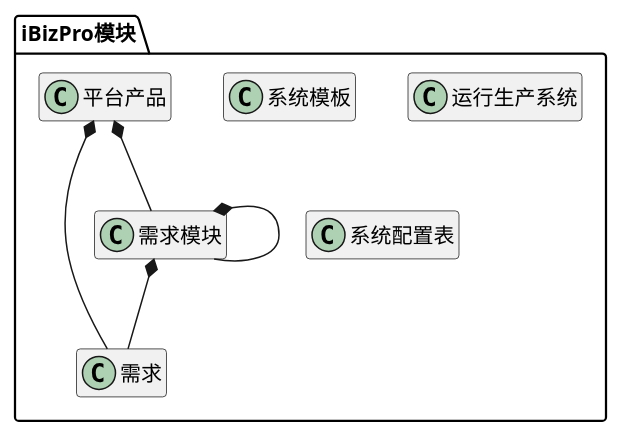
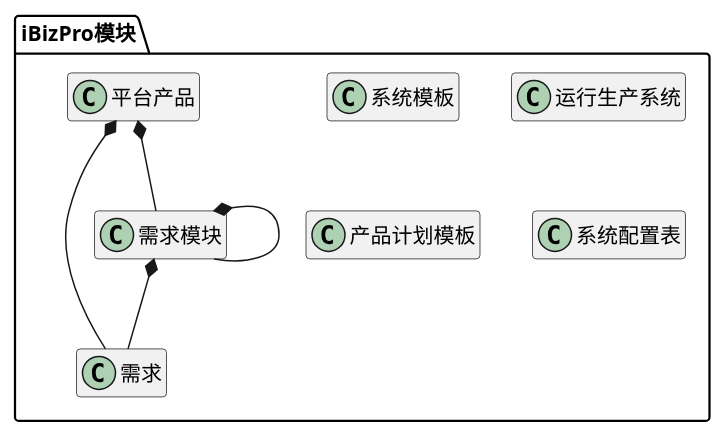
Before and after one commit to zj335841911/nt_chandao: the diagram in ibizpms-docs/src/main/doc/v1/module/ibizpro.md, drawn with PlantUML. The commit also changed other lines of this file and 18 other files, not shown here.

```diff
--- a/ibizpms-docs/src/main/doc/v1/module/ibizpro.md
+++ b/ibizpms-docs/src/main/doc/v1/module/ibizpro.md
@@ -6,41 +6,44 @@
 {% plantuml %}
 
 package iBizPro模块 {
 
 class 平台产品 {
 }
 
 class 需求 {
 }
 
 class 需求模块 {
 }
 
 class 系统模板 {
 }
 
 class 运行生产系统 {
+}
+
+class 产品计划模板 {
 }
 
 class 系统配置表 {
 }
 
 
 平台产品 *-- 需求模块 
 
 
 需求模块 *-- 需求模块 
 
 
 平台产品 *-- 需求 
 
 
 需求模块 *-- 需求 
 
 
 
 }
 
 hide members
 
 {% endplantuml %}
```
